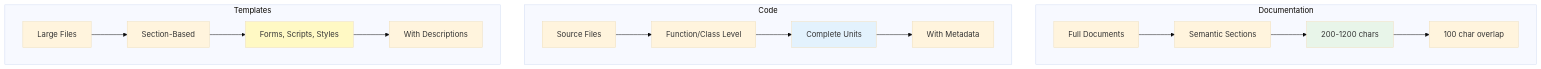
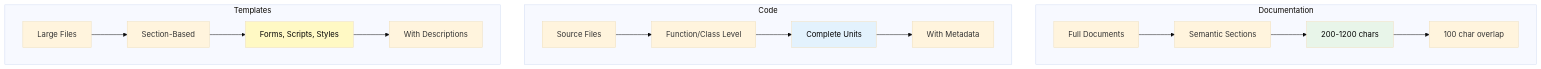
One commit to yash-ganatra/legacy-banking-dev-assistant changed diagram 12 of 13 in README.md. Above: the diagram before and after it, drawn with Mermaid (base theme). The commit also changed other lines of this file, not shown here.

````diff
--- a/README.md
+++ b/README.md
@@ -575,24 +644,24 @@
 ```mermaid
 graph TB
     subgraph "Documentation"
         D1[Full Documents] --> D2[Semantic Sections]
         D2 --> D3[200-1200 chars]
         D3 --> D4[100 char overlap]
     end
     
     subgraph "Code"
         C1[Source Files] --> C2[Function/Class Level]
         C2 --> C3[Complete Units]
         C3 --> C4[With Metadata]
     end
     
     subgraph "Templates"
         T1[Large Files] --> T2[Section-Based]
         T2 --> T3[Forms, Scripts, Styles]
         T3 --> T4[With Descriptions]
     end
     
-    style D3 fill:#e8f5e9
-    style C3 fill:#e3f2fd
-    style T3 fill:#fff9c4
+    style D3 fill:#e8f5e9,color:#000
+    style C3 fill:#e3f2fd,color:#000
+    style T3 fill:#fff9c4,color:#000
 ```
````
